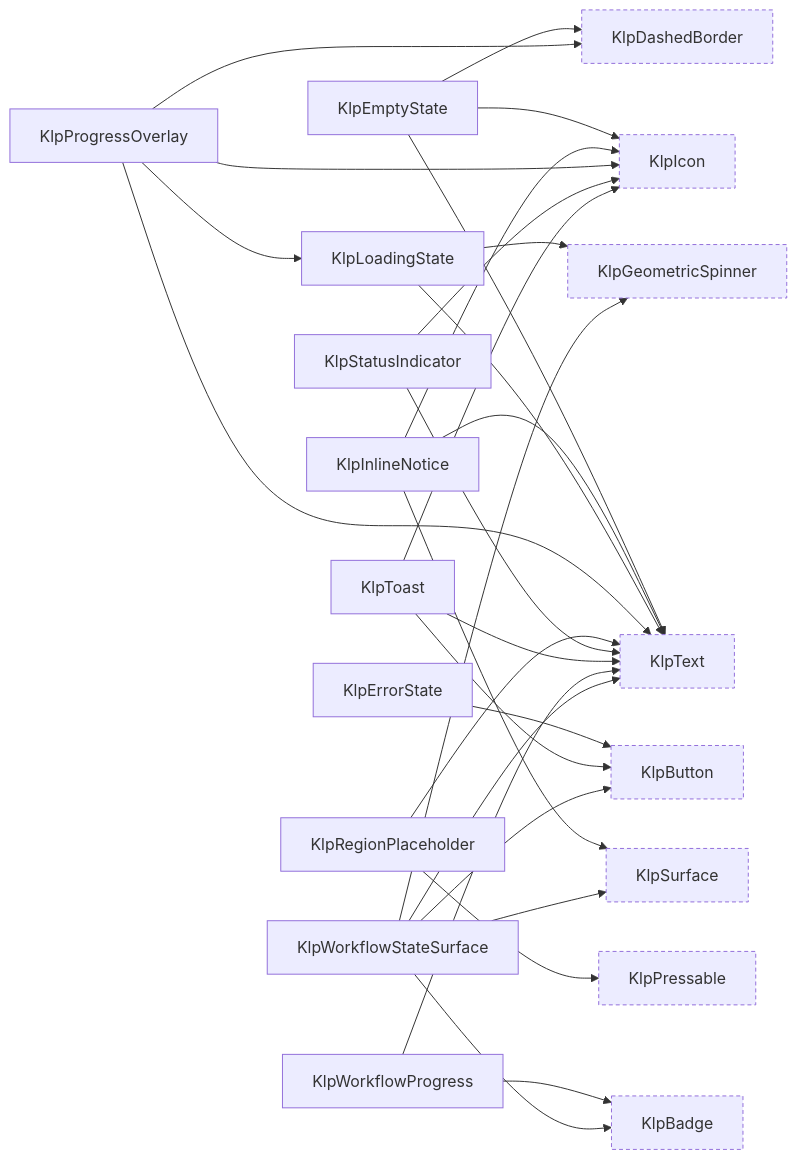
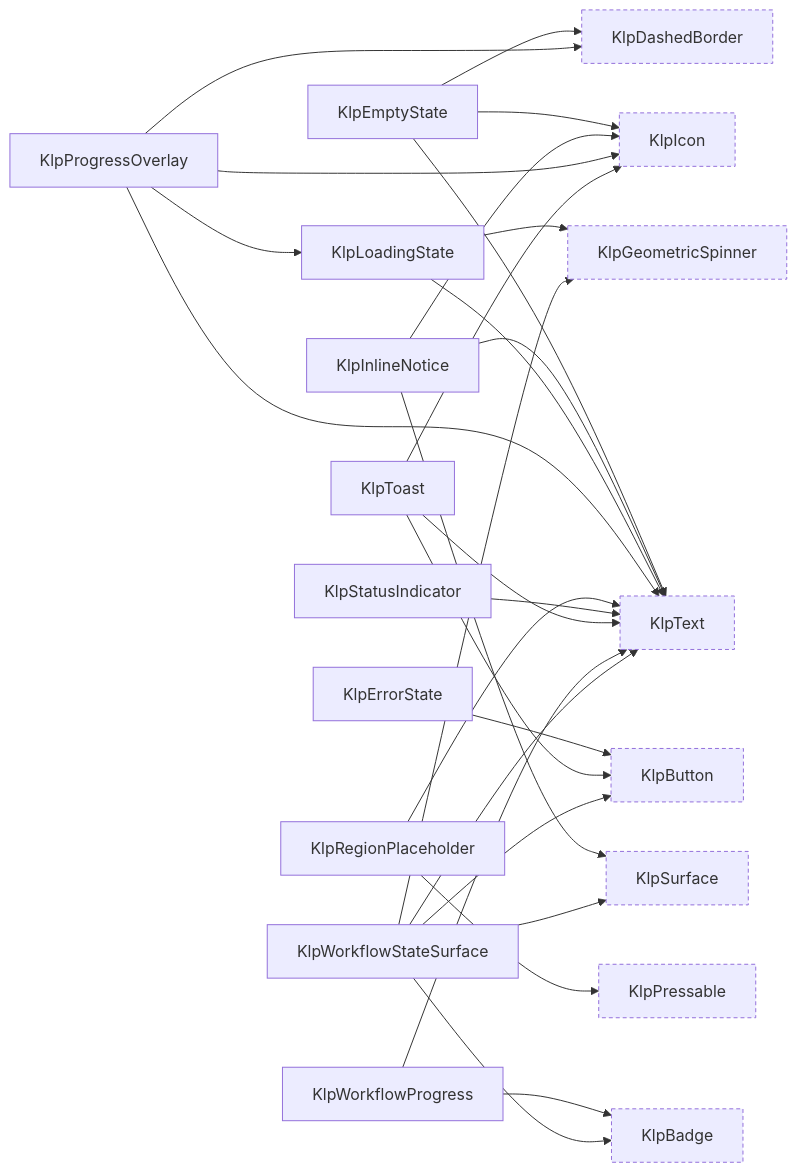
One commit to MiuDog/Kallopis changed diagram 12 of 18 in spec/component-inventory.md. Above: the diagram before and after it, drawn with Mermaid. The commit also changed other lines of this file and 1105 other files, not shown here.

Commit message:
refactor: establish semantic design architecture

````diff
--- a/spec/component-inventory.md
+++ b/spec/component-inventory.md
@@ -845,49 +893,48 @@
 ```mermaid
 graph LR
   KlpBadge["KlpBadge"]:::external
   KlpButton["KlpButton"]:::external
   KlpDashedBorder["KlpDashedBorder"]:::external
   KlpEmptyState["KlpEmptyState"]
   KlpErrorState["KlpErrorState"]
   KlpGeometricSpinner["KlpGeometricSpinner"]:::external
   KlpIcon["KlpIcon"]:::external
   KlpInlineNotice["KlpInlineNotice"]
   KlpLoadingState["KlpLoadingState"]
   KlpPressable["KlpPressable"]:::external
   KlpProgressOverlay["KlpProgressOverlay"]
   KlpRegionPlaceholder["KlpRegionPlaceholder"]
   KlpStatusIndicator["KlpStatusIndicator"]
   KlpSurface["KlpSurface"]:::external
   KlpText["KlpText"]:::external
   KlpToast["KlpToast"]
   KlpWorkflowProgress["KlpWorkflowProgress"]
   KlpWorkflowStateSurface["KlpWorkflowStateSurface"]
   KlpEmptyState --> KlpDashedBorder
   KlpEmptyState --> KlpIcon
   KlpEmptyState --> KlpText
   KlpErrorState --> KlpButton
   KlpInlineNotice --> KlpIcon
   KlpInlineNotice --> KlpSurface
   KlpInlineNotice --> KlpText
   KlpLoadingState --> KlpGeometricSpinner
   KlpLoadingState --> KlpText
   KlpProgressOverlay --> KlpDashedBorder
   KlpProgressOverlay --> KlpIcon
   KlpProgressOverlay --> KlpLoadingState
   KlpProgressOverlay --> KlpText
   KlpRegionPlaceholder --> KlpPressable
   KlpRegionPlaceholder --> KlpText
-  KlpStatusIndicator --> KlpIcon
   KlpStatusIndicator --> KlpText
   KlpToast --> KlpButton
   KlpToast --> KlpIcon
   KlpToast --> KlpText
   KlpWorkflowProgress --> KlpBadge
   KlpWorkflowProgress --> KlpText
   KlpWorkflowStateSurface --> KlpBadge
   KlpWorkflowStateSurface --> KlpButton
   KlpWorkflowStateSurface --> KlpGeometricSpinner
   KlpWorkflowStateSurface --> KlpSurface
   KlpWorkflowStateSurface --> KlpText
   classDef external stroke-dasharray: 4 3;
 ```
````
